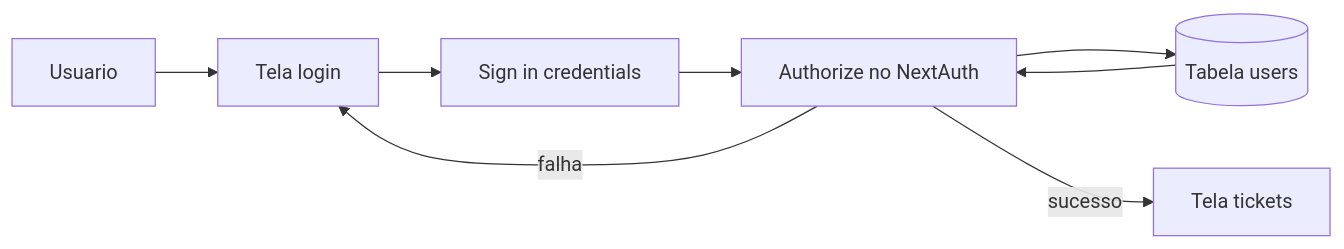
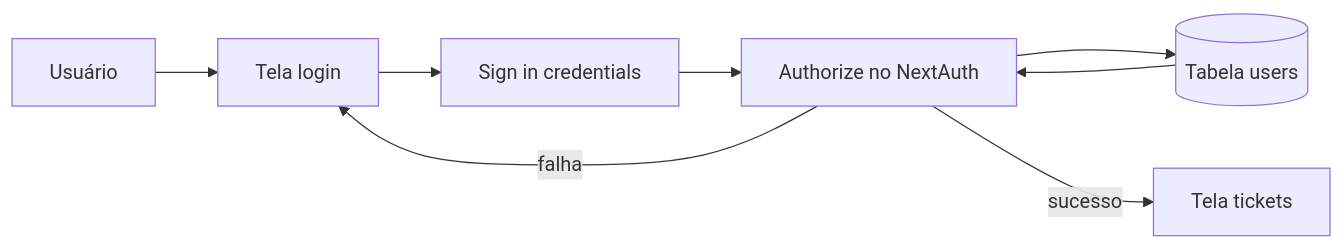
Before and after one commit to JPFerreira96/ops-copilot: the second of 4 diagrams in README.md, drawn with Mermaid. The commit also changed other lines of this file, not shown here.

````diff
--- a/README.md
+++ b/README.md
@@ -69,10 +69,10 @@
 ```mermaid
 flowchart LR
-    u[Usuario] --> login[Tela login]
+    u[Usuário] --> login[Tela login]
     login --> signin[Sign in credentials]
     signin --> authz[Authorize no NextAuth]
     authz --> users[(Tabela users)]
     users --> authz
     authz -->|sucesso| tickets[Tela tickets]
     authz -->|falha| login
 ```
````
